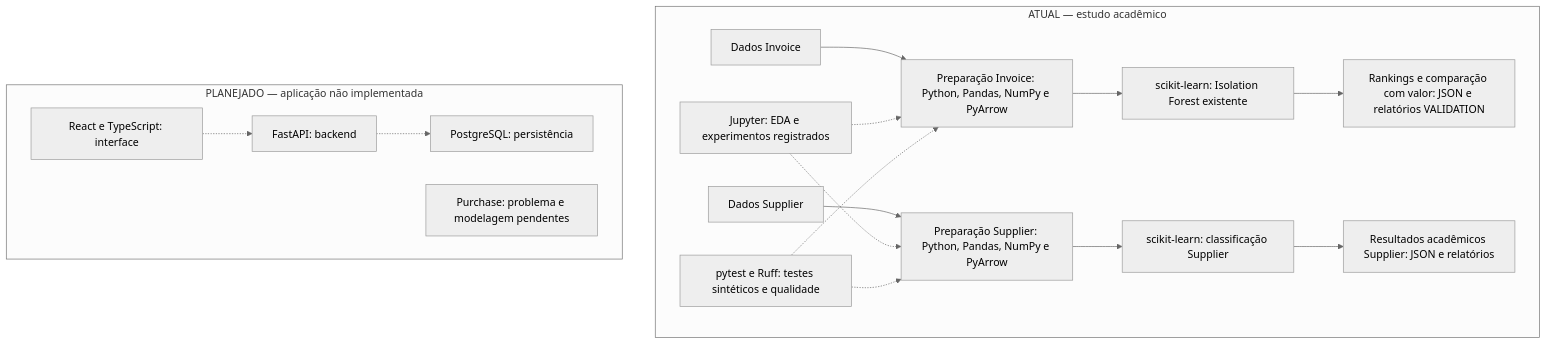
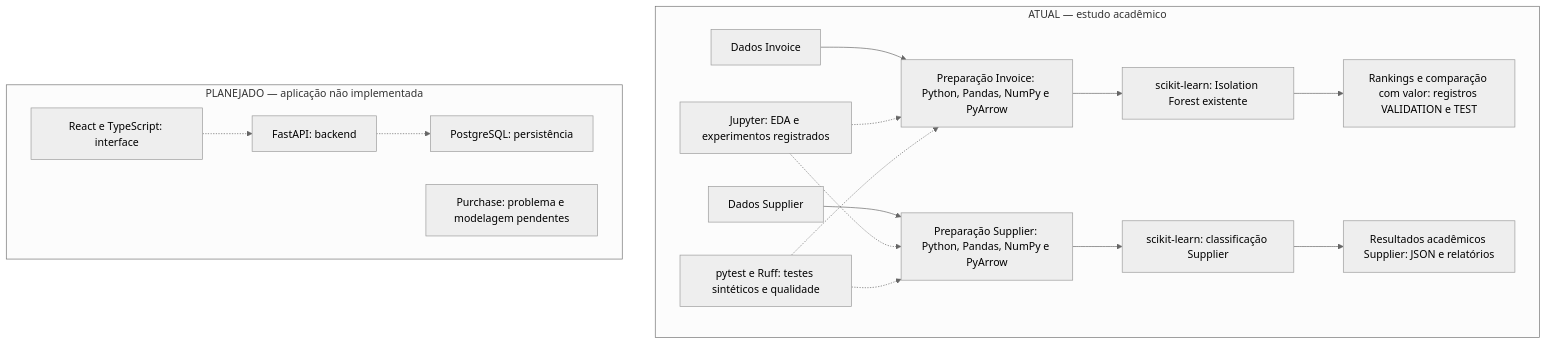
The diagram in README.md (MatheusCarriero/detector-anomalias-compras), drawn with Mermaid (neutral theme) before and after one commit. The commit also changed other lines of this file and 5 other files, not shown here.

````diff
--- a/README.md
+++ b/README.md
@@ -46,20 +46,20 @@
 ```mermaid
 flowchart TD
     subgraph atual["ATUAL — estudo acadêmico"]
         di["Dados Invoice"] --> pi["Preparação Invoice: Python, Pandas, NumPy e PyArrow"]
         pi --> mi["scikit-learn: Isolation Forest existente"]
-        mi --> ri["Rankings e comparação com valor: JSON e relatórios VALIDATION"]
+        mi --> ri["Rankings e comparação com valor: registros VALIDATION e TEST"]
         ds["Dados Supplier"] --> ps["Preparação Supplier: Python, Pandas, NumPy e PyArrow"]
         ps --> ms["scikit-learn: classificação Supplier"]
         ms --> rs["Resultados acadêmicos Supplier: JSON e relatórios"]
         j["Jupyter: EDA e experimentos registrados"] -.-> pi
         j -.-> ps
         q["pytest e Ruff: testes sintéticos e qualidade"] -.-> pi
         q -.-> ps
     end
     subgraph futuro["PLANEJADO — aplicação não implementada"]
         ui["React e TypeScript: interface"] -.-> api["FastAPI: backend"]
         api -.-> db["PostgreSQL: persistência"]
         purchase["Purchase: problema e modelagem pendentes"]
     end
 ```
````
